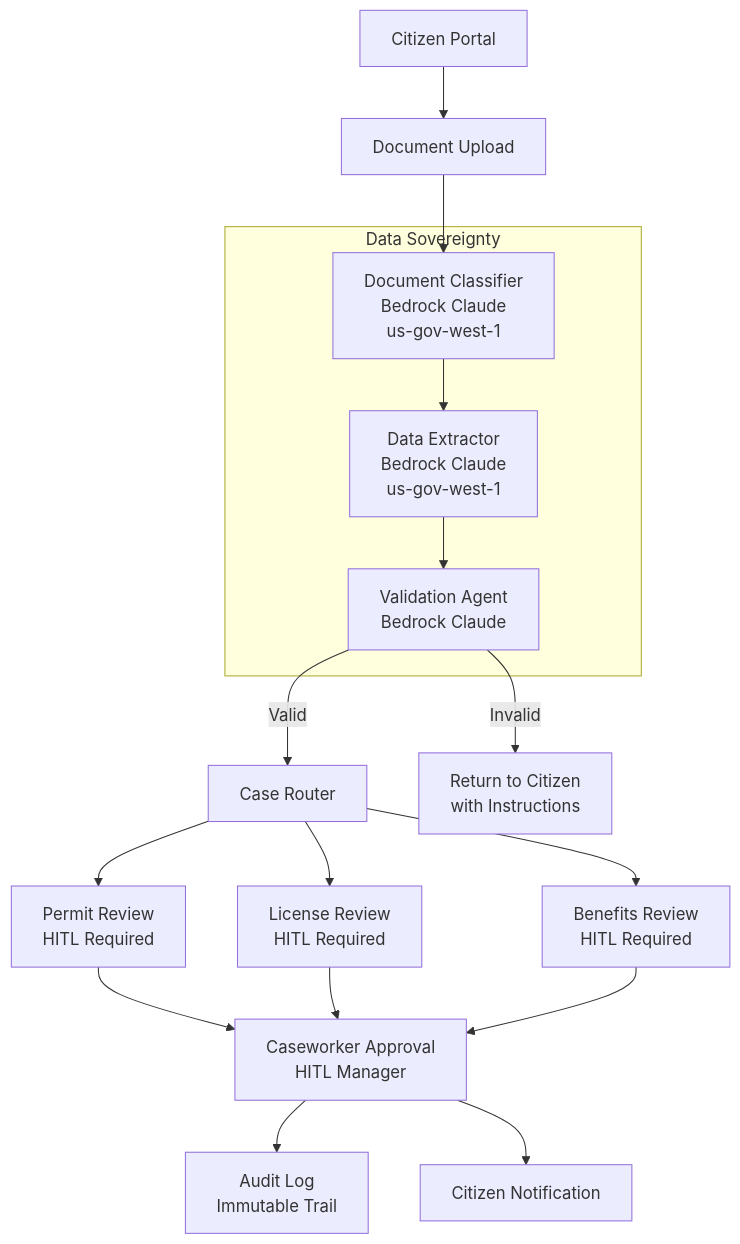
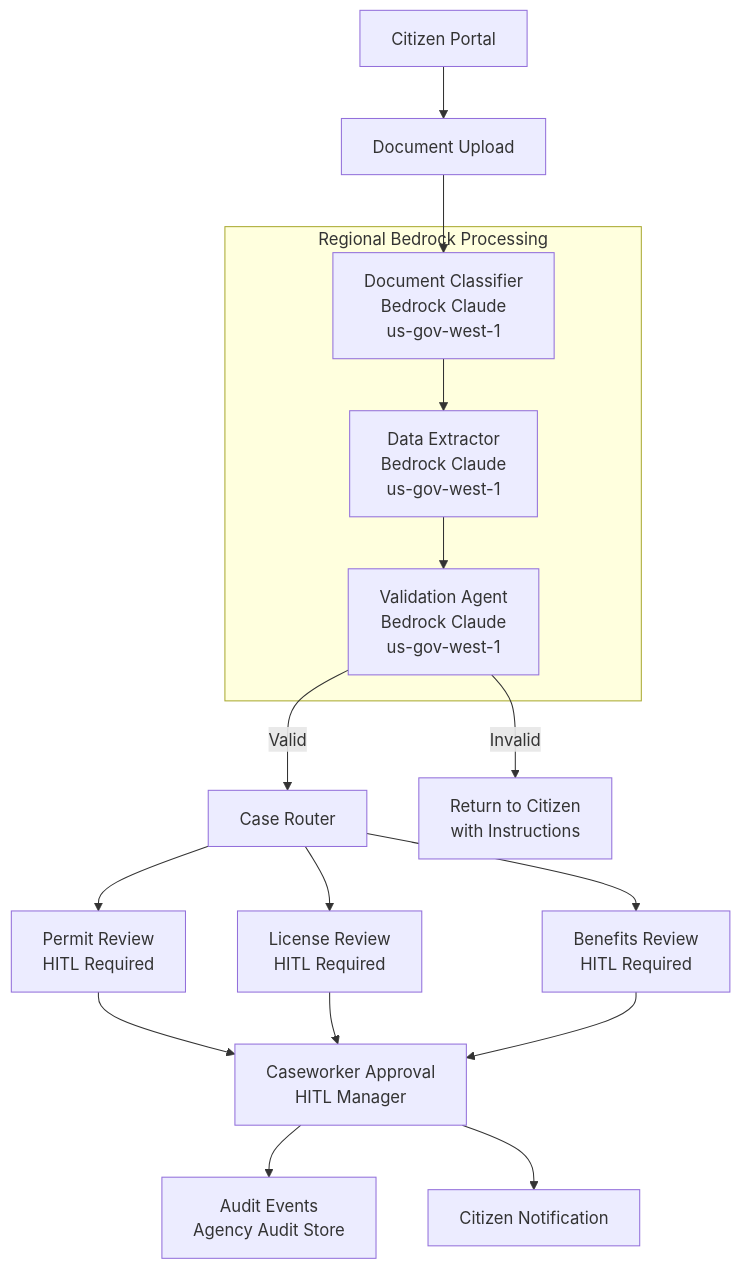
One commit to juspay/neurolink-blog changed the diagram in _posts/2025-11-03-compliant-ai-citizen-services-government.md. Above: the diagram before and after it, drawn with Mermaid. The commit also changed other lines of this file and 172 other files, not shown here.

````diff
--- a/_posts/2025-11-03-compliant-ai-citizen-services-government.md
+++ b/_posts/2025-11-03-compliant-ai-citizen-services-government.md
@@ -38,27 +39,27 @@
 ```mermaid
 flowchart TB
     Citizen[Citizen Portal] --> Upload[Document Upload]
     Upload --> Classify[Document Classifier<br/>Bedrock Claude<br/>us-gov-west-1]
     Classify --> Extract[Data Extractor<br/>Bedrock Claude<br/>us-gov-west-1]
-    Extract --> Validate[Validation Agent<br/>Bedrock Claude]
+    Extract --> Validate[Validation Agent<br/>Bedrock Claude<br/>us-gov-west-1]
 
     Validate -->|Valid| Route[Case Router]
     Validate -->|Invalid| Return[Return to Citizen<br/>with Instructions]
 
     Route --> Permit[Permit Review<br/>HITL Required]
     Route --> License[License Review<br/>HITL Required]
     Route --> Benefits[Benefits Review<br/>HITL Required]
 
     Permit --> Approve[Caseworker Approval<br/>HITL Manager]
     License --> Approve
     Benefits --> Approve
 
-    Approve --> Audit[Audit Log<br/>Immutable Trail]
+    Approve --> Audit[Audit Events<br/>Agency Audit Store]
     Approve --> Notify[Citizen Notification]
 
-    subgraph Data Sovereignty
+    subgraph Regional[Regional Bedrock Processing]
         Classify
         Extract
         Validate
     end
 ```
````
